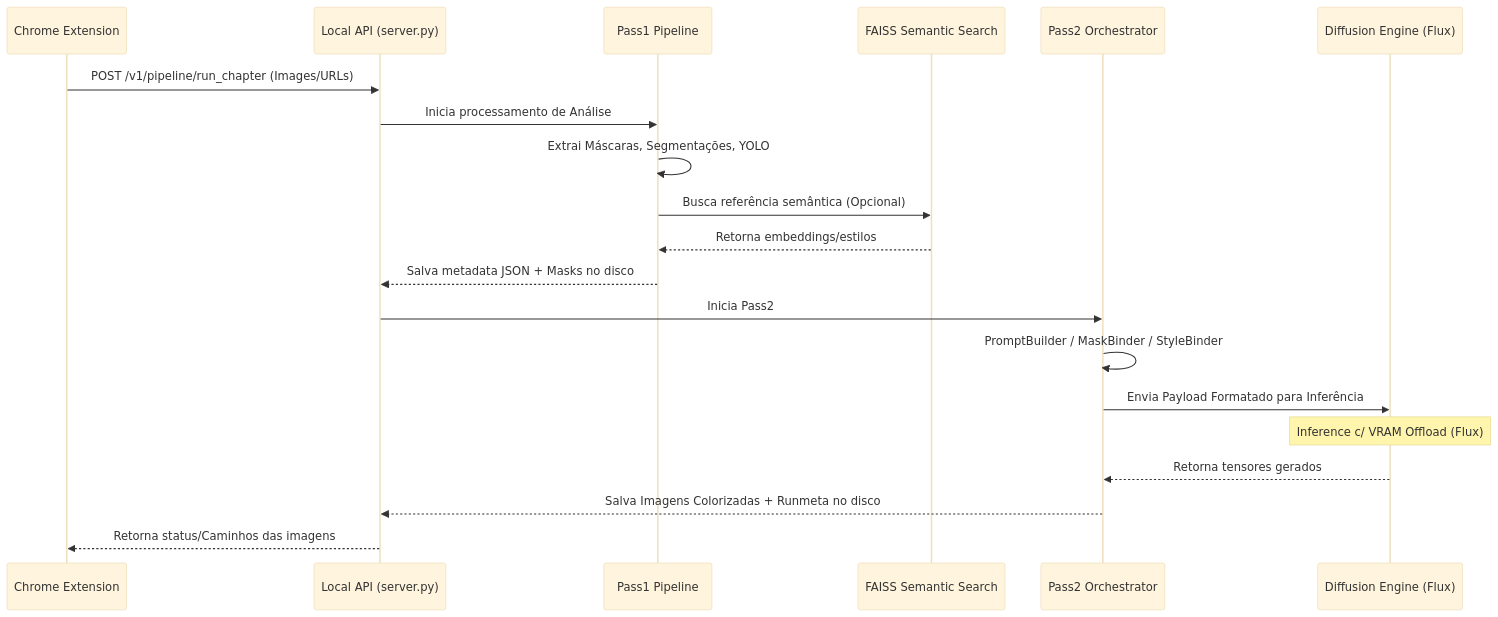
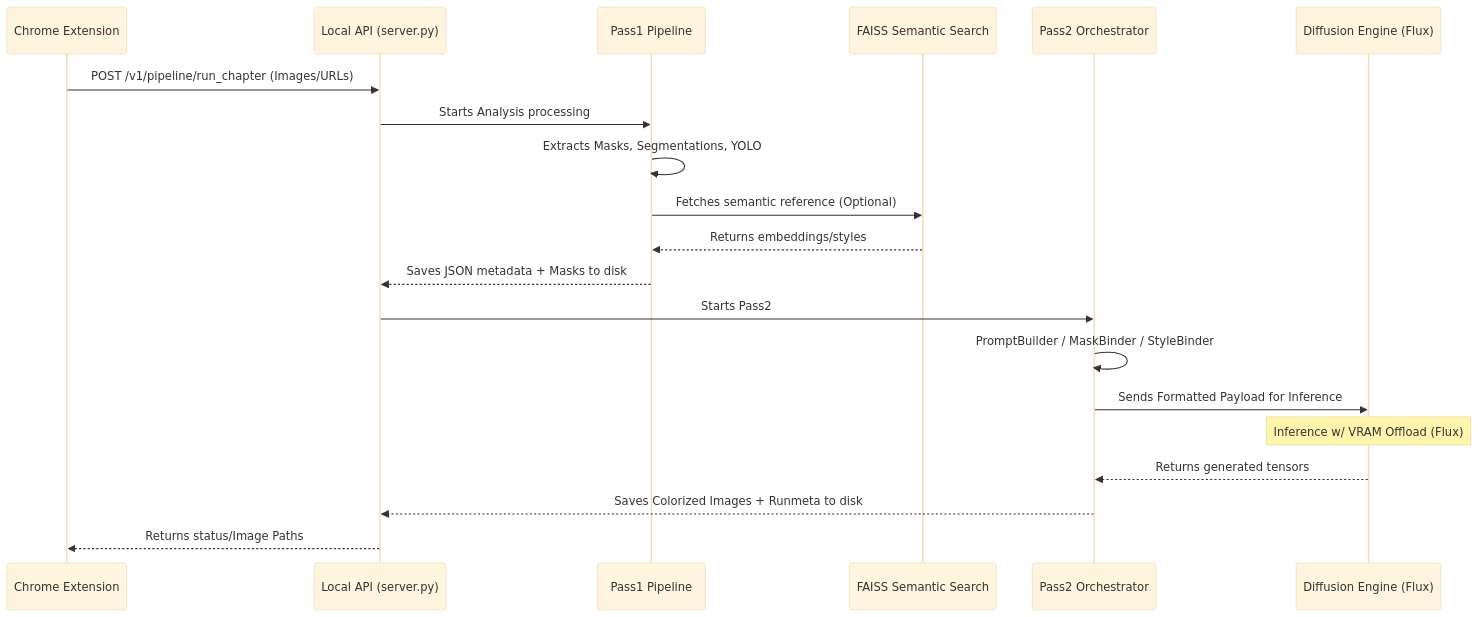
One commit to lordnyx0/Manga-Flux changed the diagram in DOCS/PHASE_B_IMPLEMENTATION.md. Above: the diagram before and after it, drawn with Mermaid (base theme). The commit also changed other lines of this file and 24 other files, not shown here.

````diff
--- a/DOCS/PHASE_B_IMPLEMENTATION.md
+++ b/DOCS/PHASE_B_IMPLEMENTATION.md
@@ -9,24 +9,24 @@
 ```mermaid
 sequenceDiagram
     participant Ext as Chrome Extension
     participant API as Local API (server.py)
     participant P1 as Pass1 Pipeline
     participant FAISS as FAISS Semantic Search
     participant P2O as Pass2 Orchestrator
     participant P2E as Diffusion Engine (Flux)
 
     Ext->>API: POST /v1/pipeline/run_chapter (Images/URLs)
-    API->>P1: Inicia processamento de Análise
-    P1->>P1: Extrai Máscaras, Segmentações, YOLO
-    P1->>FAISS: Busca referência semântica (Opcional)
-    FAISS-->>P1: Retorna embeddings/estilos
-    P1-->>API: Salva metadata JSON + Masks no disco
+    API->>P1: Starts Analysis processing
+    P1->>P1: Extracts Masks, Segmentations, YOLO
+    P1->>FAISS: Fetches semantic reference (Optional)
+    FAISS-->>P1: Returns embeddings/styles
+    P1-->>API: Saves JSON metadata + Masks to disk
     
-    API->>P2O: Inicia Pass2
+    API->>P2O: Starts Pass2
     P2O->>P2O: PromptBuilder / MaskBinder / StyleBinder
-    P2O->>P2E: Envia Payload Formatado para Inferência
-    Note over P2E: Inference c/ VRAM Offload (Flux)
-    P2E-->>P2O: Retorna tensores gerados
-    P2O-->>API: Salva Imagens Colorizadas + Runmeta no disco
-    API-->>Ext: Retorna status/Caminhos das imagens
+    P2O->>P2E: Sends Formatted Payload for Inference
+    Note over P2E: Inference w/ VRAM Offload (Flux)
+    P2E-->>P2O: Returns generated tensors
+    P2O-->>API: Saves Colorized Images + Runmeta to disk
+    API-->>Ext: Returns status/Image Paths
 ```
````
